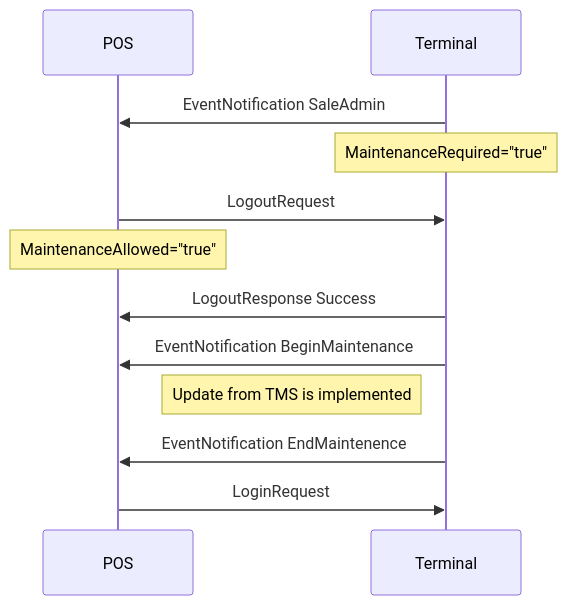
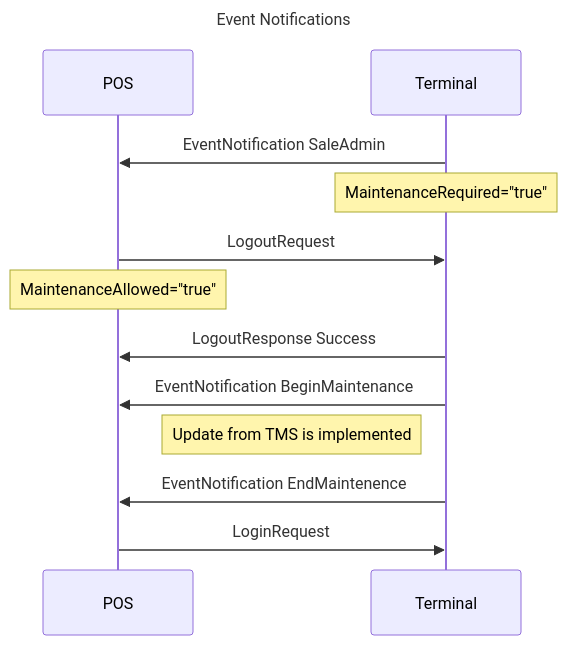
Before and after one commit to SwedbankPay/developer.swedbankpay.com: the diagram in pax-terminal/Nexo-Retailer/Quick-guide/eventnotifications.md, drawn with Mermaid. The commit also changed 66 other files, not shown here.

Commit message:
Added titles in sequence diagrams

````diff
--- a/pax-terminal/Nexo-Retailer/Quick-guide/eventnotifications.md
+++ b/pax-terminal/Nexo-Retailer/Quick-guide/eventnotifications.md
@@ -34,14 +34,15 @@
 ```mermaid
 sequenceDiagram
+title: Event Notifications
 participant POS
 participant Terminal
 Terminal->>POS: EventNotification SaleAdmin
 Note over Terminal: MaintenanceRequired="true"
 POS->>Terminal: LogoutRequest
 Note over POS: MaintenanceAllowed="true"
 Terminal->>POS: LogoutResponse Success
 Terminal->>POS: EventNotification BeginMaintenance
 Note left of Terminal: Update from TMS is implemented
 Terminal->>POS: EventNotification EndMaintenence
 POS->>Terminal: LoginRequest
 ```
````
